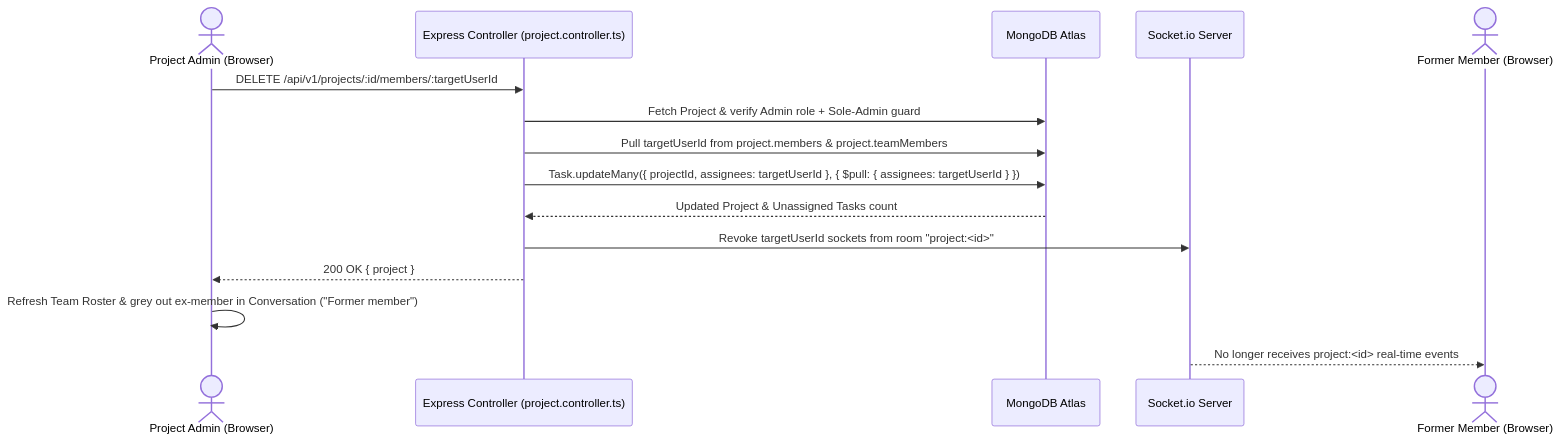
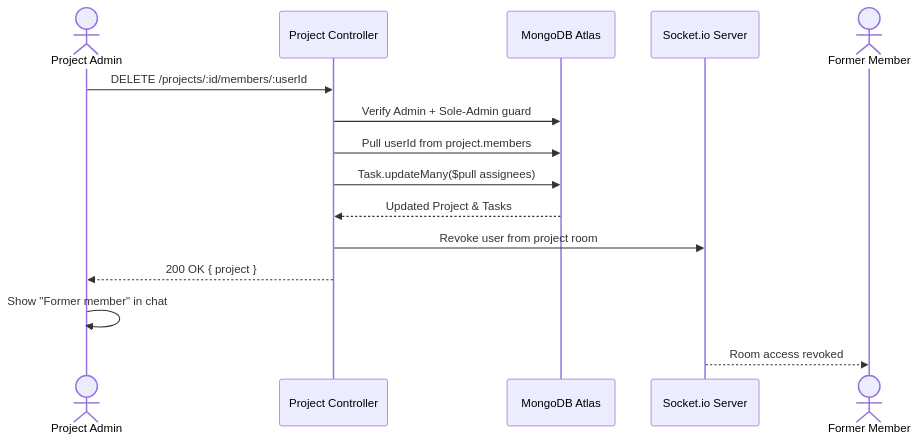
Before and after one commit to saqib147/SYNCA: the eighth of 10 diagrams in docs/fyp-report/02-Chapter-2-Design-and-Architecture.md, drawn with Mermaid. The commit also changed other lines of this file and 1 other file, not shown here.

````diff
--- a/docs/fyp-report/02-Chapter-2-Design-and-Architecture.md
+++ b/docs/fyp-report/02-Chapter-2-Design-and-Architecture.md
@@ -456,18 +461,18 @@
 ```mermaid
 sequenceDiagram
-    actor Admin as Project Admin (Browser)
-    participant API as Express Controller (project.controller.ts)
+    actor Admin as Project Admin
+    participant API as Project Controller
     participant Mongo as MongoDB Atlas
     participant Socket as Socket.io Server
-    actor ExMember as Former Member (Browser)
+    actor ExMember as Former Member
 
-    Admin->>API: DELETE /api/v1/projects/:id/members/:targetUserId
-    API->>Mongo: Fetch Project & verify Admin role + Sole-Admin guard
-    API->>Mongo: Pull targetUserId from project.members & project.teamMembers
-    API->>Mongo: Task.updateMany({ projectId, assignees: targetUserId }, { $pull: { assignees: targetUserId } })
-    Mongo-->>API: Updated Project & Unassigned Tasks count
-    API->>Socket: Revoke targetUserId sockets from room "project:<id>"
+    Admin->>API: DELETE /projects/:id/members/:userId
+    API->>Mongo: Verify Admin + Sole-Admin guard
+    API->>Mongo: Pull userId from project.members
+    API->>Mongo: Task.updateMany($pull assignees)
+    Mongo-->>API: Updated Project & Tasks
+    API->>Socket: Revoke user from project room
     API-->>Admin: 200 OK { project }
-    Admin->>Admin: Refresh Team Roster & grey out ex-member in Conversation ("Former member")
-    Socket-->>ExMember: No longer receives project:<id> real-time events
+    Admin->>Admin: Show "Former member" in chat
+    Socket-->>ExMember: Room access revoked
 ```
````
